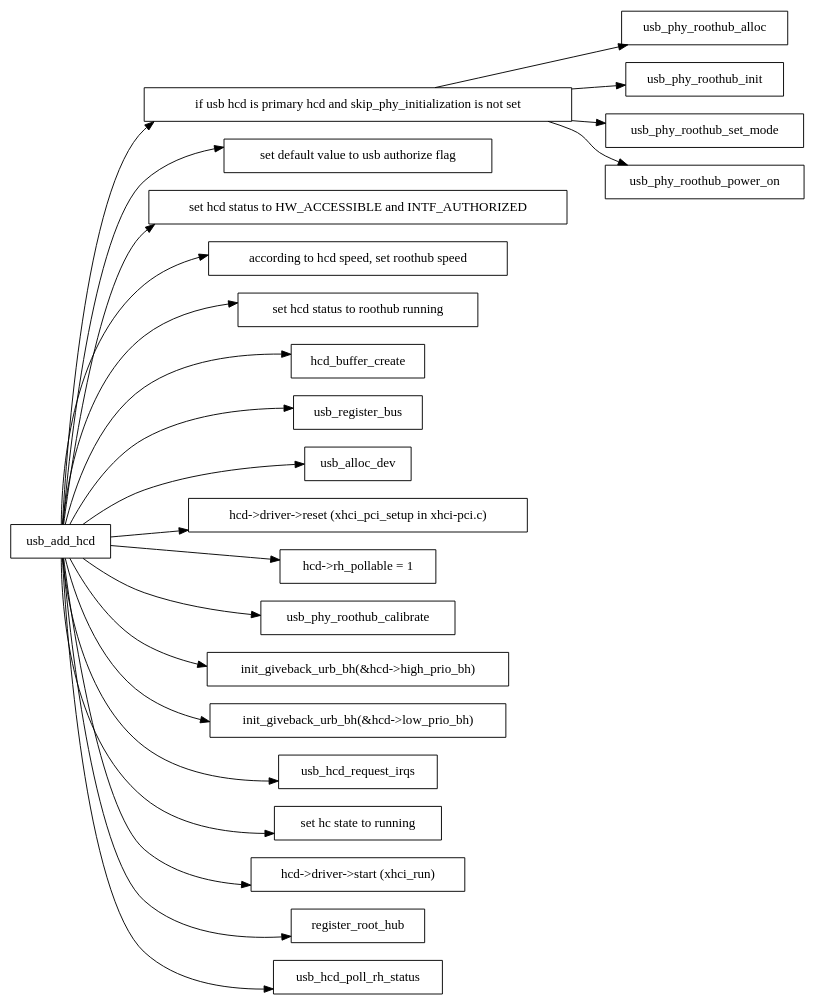
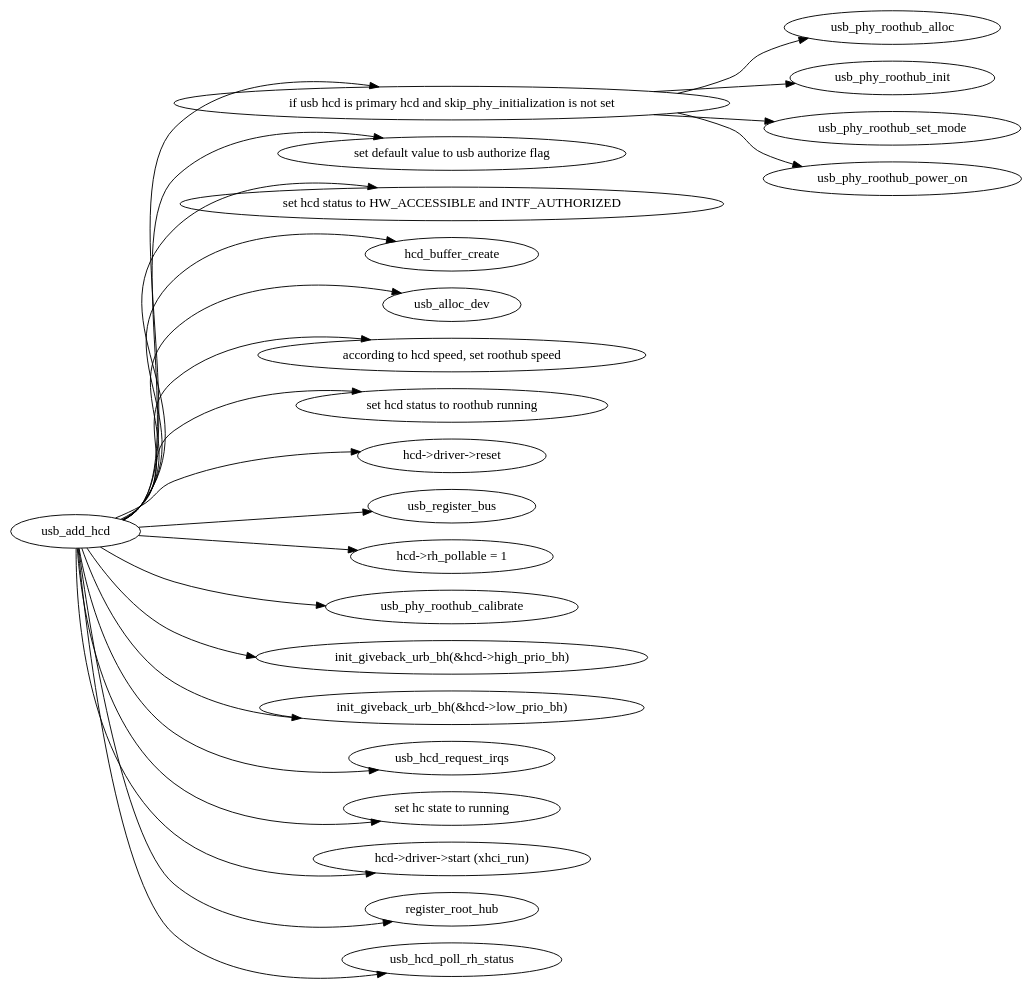
One commit to Bigyellow722/linux-blog changed the second of 3 diagrams in usb/xhci.org. Above: the diagram before and after it, drawn with Graphviz. The commit also changed other lines of this file and 18 other files, not shown here.

Commit message:
usb: add blog about xhci

```diff
--- a/usb/xhci.org
+++ b/usb/xhci.org
@@ -64,39 +295,49 @@
 #+begin_src dot :file pic/usb-add-hcd.png
   digraph {
       rankdir=LR;
-      node [ shape=record ];
+      //node [ shape=record ];
+
+      begin_node [ style=invis ];
+      end_node [ style=invis ];
 
       check_whether_skip_phy_init [ label = "if usb hcd is primary hcd and skip_phy_initialization is not set" ];
       set_usb_authorize [ label = "set default value to usb authorize flag" ];
       set_hcd_flag [ label = "set hcd status to HW_ACCESSIBLE and INTF_AUTHORIZED" ];
       set_roothub_speed [ label = "according to hcd speed, set roothub speed" ];
-      set_roothub_running [label = "set hcd status to roothub running" ];
+      set_roothub_running [ label = "set hcd status to roothub running" ];
+      hcd_reset [ label = "hcd->driver->reset" ]
 
       usb_add_hcd -> check_whether_skip_phy_init;
       check_whether_skip_phy_init -> usb_phy_roothub_alloc;
       check_whether_skip_phy_init -> usb_phy_roothub_init;
       check_whether_skip_phy_init -> usb_phy_roothub_set_mode;
       check_whether_skip_phy_init -> usb_phy_roothub_power_on;
       usb_add_hcd -> set_usb_authorize;
       usb_add_hcd -> set_hcd_flag;
       usb_add_hcd -> hcd_buffer_create;
       /* alloc a busnum, and send USB_BUS_ADD to notifier call chain */
       usb_add_hcd -> usb_register_bus;
       /* alloc a roothub device */
       usb_add_hcd -> usb_alloc_dev;
       usb_add_hcd -> set_roothub_speed;
       usb_add_hcd -> set_roothub_running;
-      usb_add_hcd -> "hcd->driver->reset (xhci_pci_setup in xhci-pci.c)";
+      usb_add_hcd -> hcd_reset;
       usb_add_hcd -> "hcd->rh_pollable = 1";
       usb_add_hcd -> usb_phy_roothub_calibrate;
       usb_add_hcd -> "init_giveback_urb_bh(&hcd->high_prio_bh)";
       usb_add_hcd -> "init_giveback_urb_bh(&hcd->low_prio_bh)";
       usb_add_hcd -> usb_hcd_request_irqs;
       usb_add_hcd -> "set hc state to running";
       usb_add_hcd -> "hcd->driver->start (xhci_run)";
       usb_add_hcd -> register_root_hub;
       usb_add_hcd -> usb_hcd_poll_rh_status;
+
+      {
+	  rank=same;
+	  begin_node -> check_whether_skip_phy_init -> set_usb_authorize -> set_hcd_flag -> hcd_buffer_create -> usb_alloc_dev -> set_roothub_speed -> set_roothub_running [ style=invis ];
+	  rankdir="TB";
+      }
   }
 
 
 #+end_src
```
